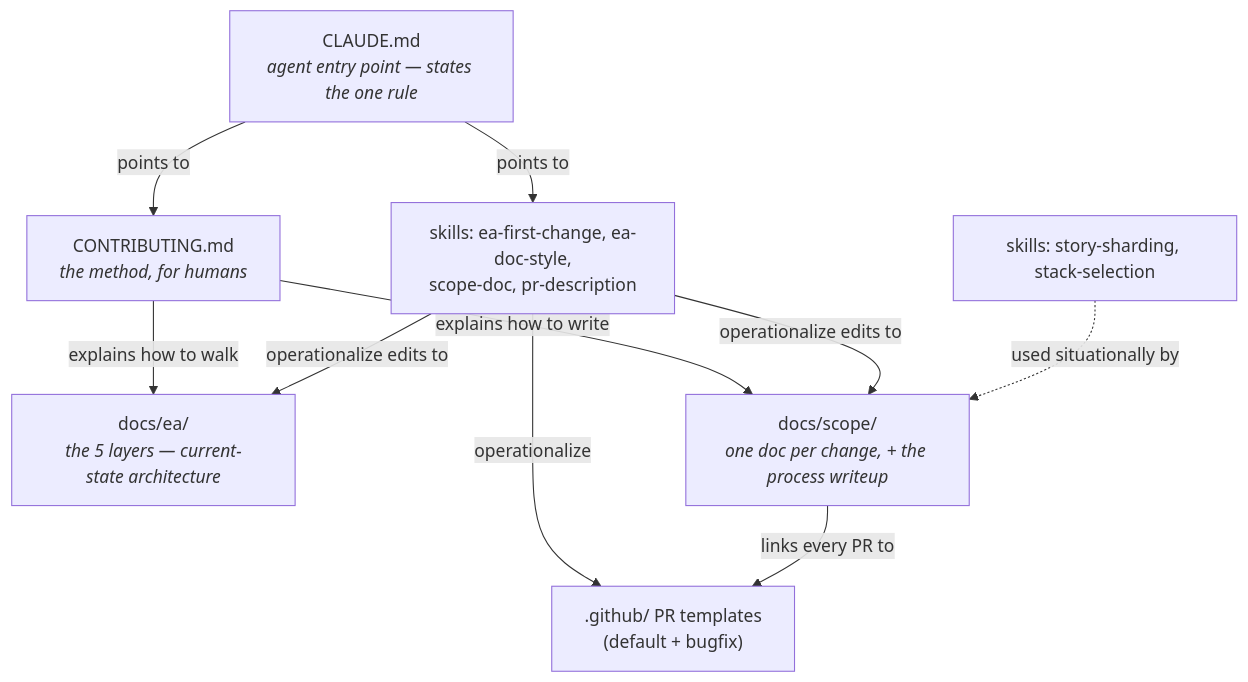
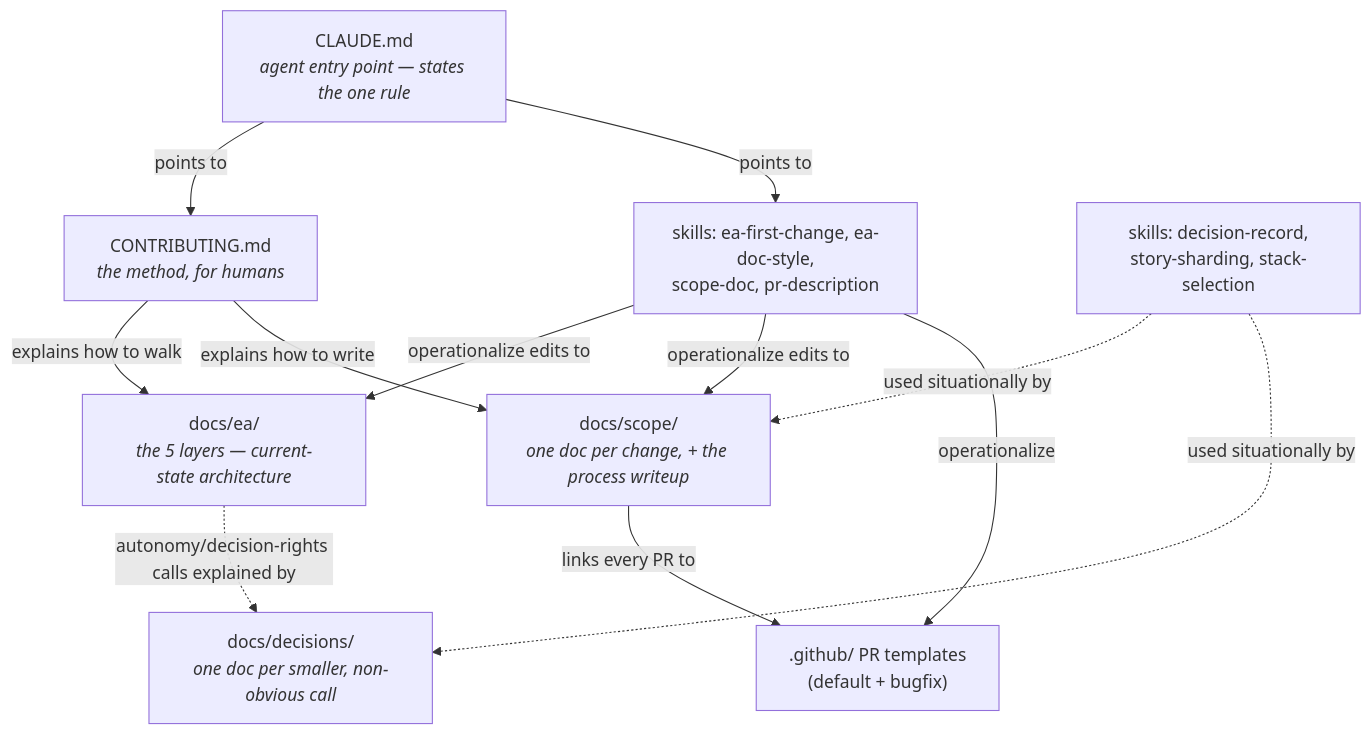
The diagram in README.md (roanboc/architecture-archreator), drawn with Mermaid before and after one commit. The commit also changed other lines of this file and 10 other files, not shown here.

````diff
--- a/README.md
+++ b/README.md
@@ -76,20 +98,23 @@
 ```mermaid
 flowchart TB
   claude["CLAUDE.md<br><i>agent entry point — states the one rule</i>"]
   contrib["CONTRIBUTING.md<br><i>the method, for humans</i>"]
   ea["docs/ea/<br><i>the 5 layers — current-state architecture</i>"]
   scope["docs/scope/<br><i>one doc per change, + the process writeup</i>"]
+  decisions["docs/decisions/<br><i>one doc per smaller, non-obvious call</i>"]
   skillscore["skills: ea-first-change, ea-doc-style,<br>scope-doc, pr-description"]
-  skillssupport["skills: story-sharding, stack-selection"]
+  skillssupport["skills: decision-record,<br>story-sharding, stack-selection"]
   pr[".github/ PR templates<br>(default + bugfix)"]
 
   claude -->|points to| contrib
   claude -->|points to| skillscore
   contrib -->|explains how to walk| ea
   contrib -->|explains how to write| scope
   skillscore -->|operationalize edits to| ea
   skillscore -->|operationalize edits to| scope
   skillscore -->|operationalize| pr
   skillssupport -.->|used situationally by| scope
+  skillssupport -.->|used situationally by| decisions
+  ea -.->|autonomy/decision-rights calls explained by| decisions
   scope -->|links every PR to| pr
 ```
````
